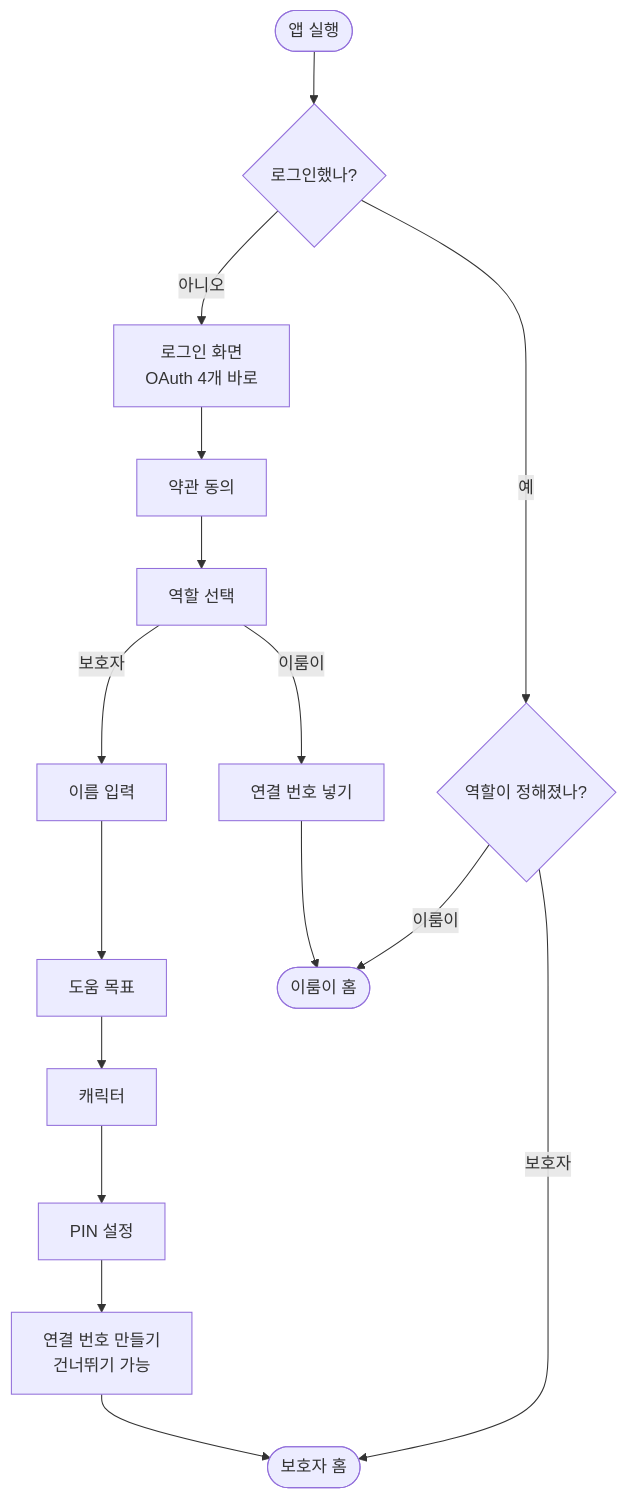
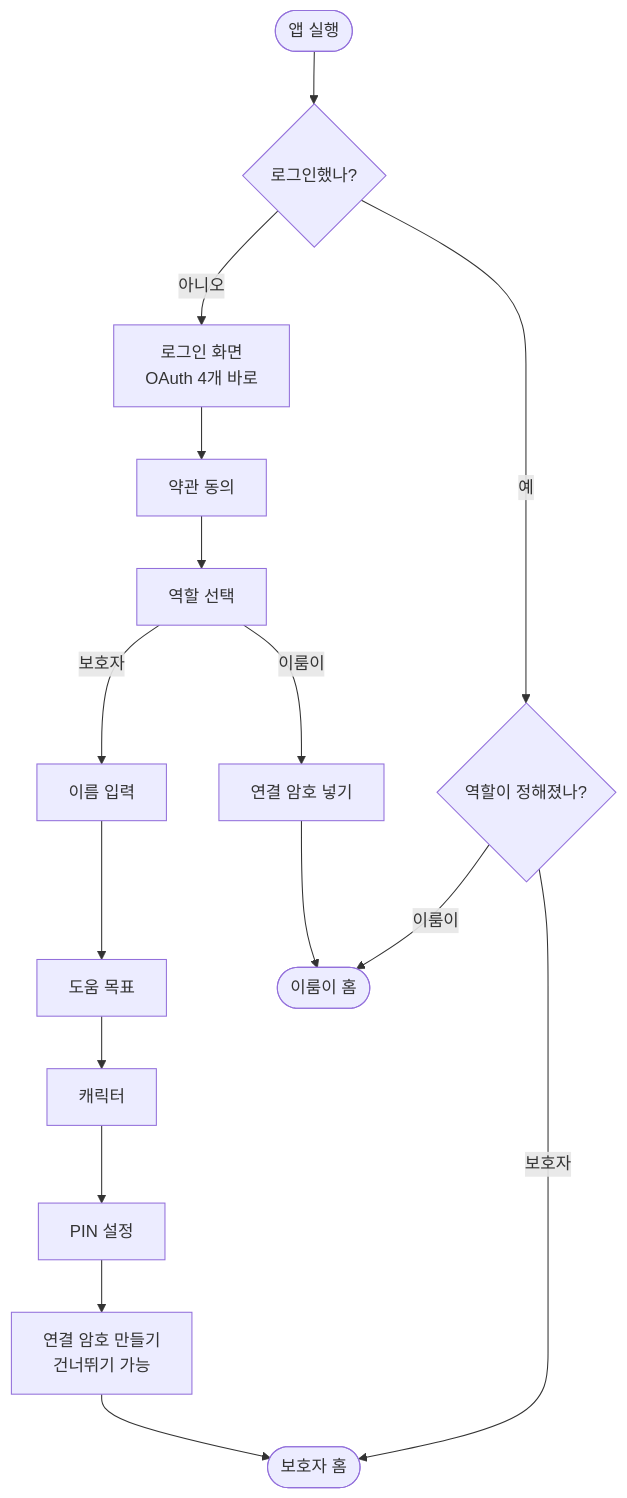
Before and after one commit to Twin-Fang/elum: the first of 4 diagrams in docs/superpowers/specs/2026-09-18-화면-전체명세.md, drawn with Mermaid. The commit also changed other lines of this file and 2 other files, not shown here.

````diff
--- a/docs/superpowers/specs/2026-09-18-화면-전체명세.md
+++ b/docs/superpowers/specs/2026-09-18-화면-전체명세.md
@@ -167,16 +167,16 @@
 ```mermaid
 flowchart TD
     A([앱 실행]) --> B{로그인했나?}
     B -->|아니오| C[로그인 화면<br/>OAuth 4개 바로]
     B -->|예| D{역할이 정해졌나?}
     C --> E[약관 동의]
     E --> F[역할 선택]
     F -->|보호자| G[이름 입력]
-    F -->|이룸이| H[연결 번호 넣기]
+    F -->|이룸이| H[연결 암호 넣기]
     G --> I[도움 목표] --> J[캐릭터] --> K[PIN 설정]
-    K --> L[연결 번호 만들기<br/>건너뛰기 가능]
+    K --> L[연결 암호 만들기<br/>건너뛰기 가능]
     L --> M([보호자 홈])
     H --> N([이룸이 홈])
     D -->|보호자| M
     D -->|이룸이| N
 ```
````
